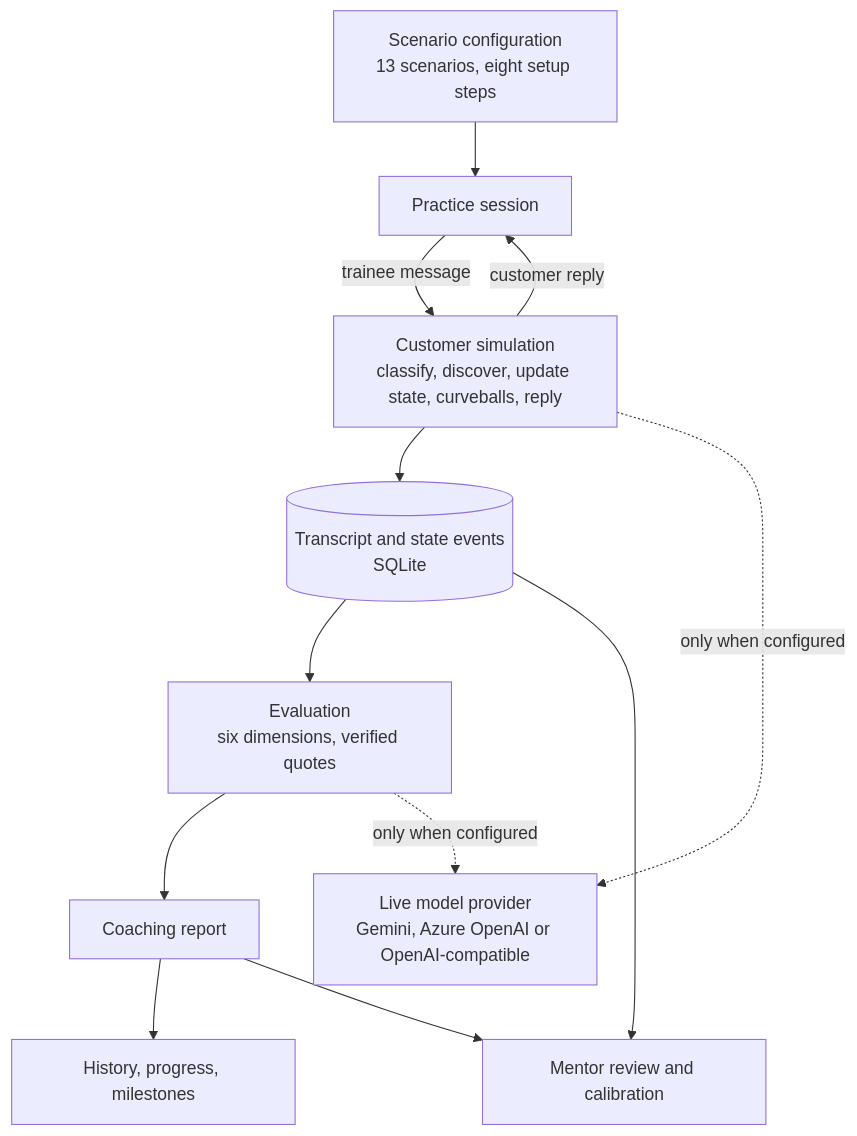
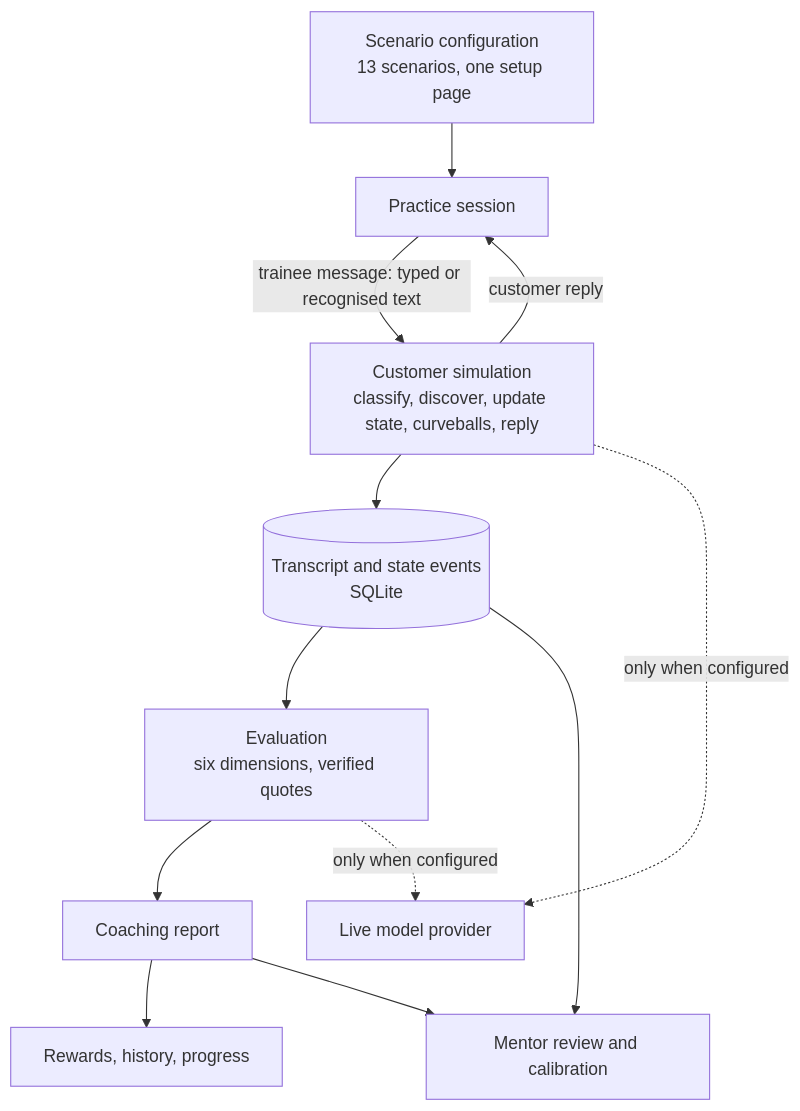
Before and after one commit to snowjug/Firefly: the third of 5 diagrams in README.md, drawn with Mermaid. The commit also changed other lines of this file and 20 other files, not shown here.

````diff
--- a/README.md
+++ b/README.md
@@ -308,14 +336,14 @@
 ```mermaid
 flowchart TD
-  A["Scenario configuration<br/>13 scenarios, eight setup steps"] --> B[Practice session]
-  B -->|trainee message| C["Customer simulation<br/>classify, discover, update state, curveballs, reply"]
+  A["Scenario configuration<br/>13 scenarios, one setup page"] --> B[Practice session]
+  B -->|trainee message: typed or recognised text| C["Customer simulation<br/>classify, discover, update state, curveballs, reply"]
   C -->|customer reply| B
   C --> D[("Transcript and state events<br/>SQLite")]
   D --> E["Evaluation<br/>six dimensions, verified quotes"]
   E --> F[Coaching report]
-  F --> G["History, progress, milestones"]
+  F --> G["Rewards, history, progress"]
   D --> H[Mentor review and calibration]
   F --> H
-  C -.->|only when configured| P["Live model provider<br/>Gemini, Azure OpenAI or OpenAI-compatible"]
+  C -.->|only when configured| P["Live model provider"]
   E -.->|only when configured| P
 ```
````
